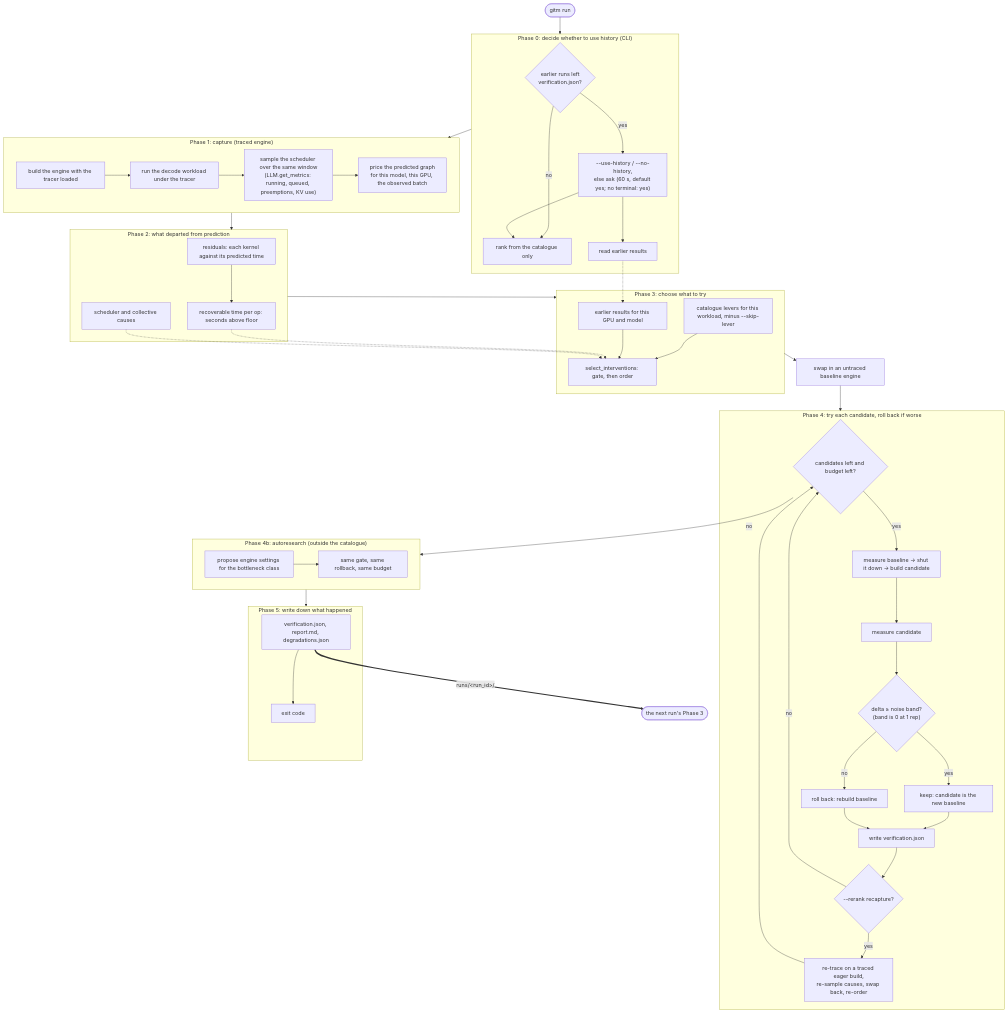
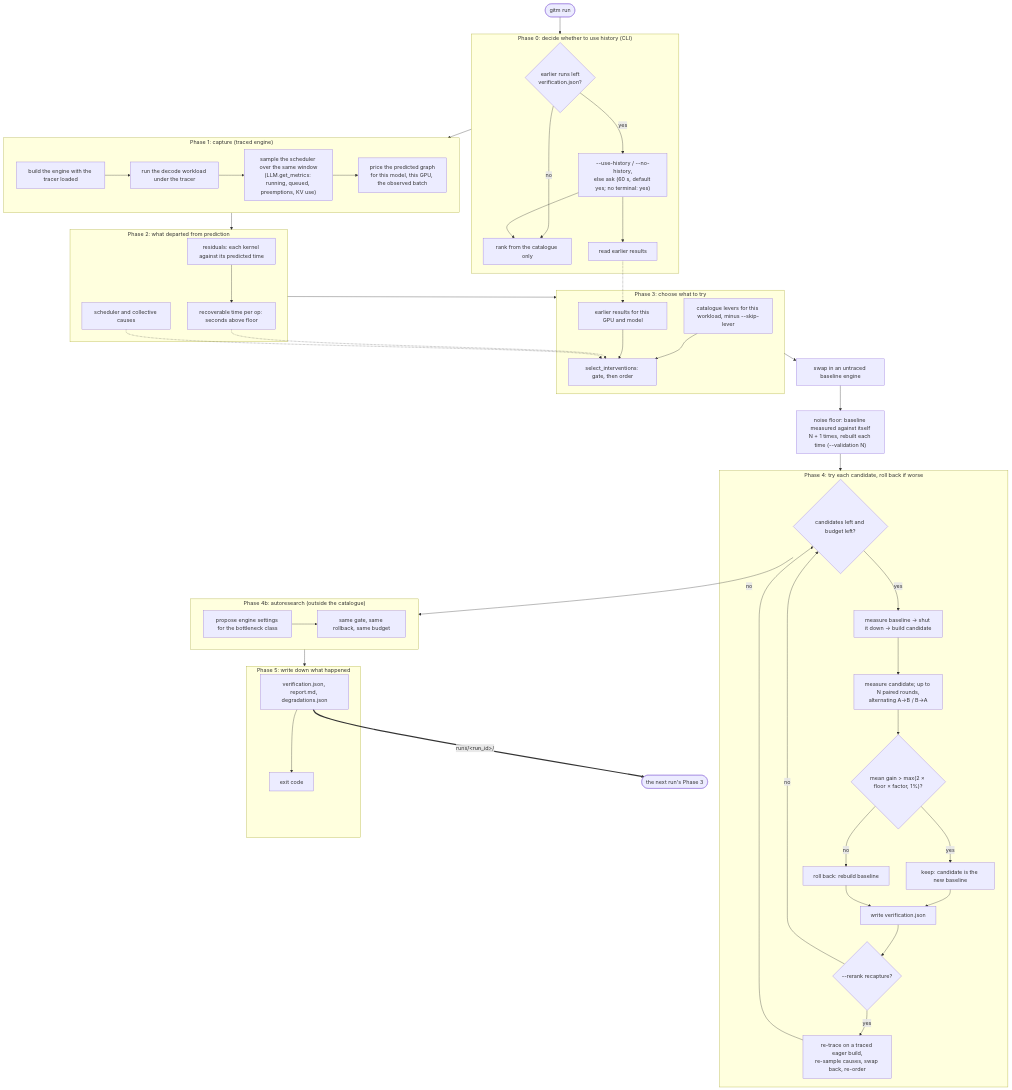
Before and after one commit to GitM-Labs/runtime: the diagram in docs/loop.md, drawn with Mermaid. The commit also changed other lines of this file, not shown here.

First line of the commit message:
docs: describe the noise-floor keep rule, the new defaults and the health check

```diff
--- a/docs/loop.md
+++ b/docs/loop.md
@@ -65,13 +65,14 @@
     R3 -.-> L3
 
     P3 --> SWAP["swap in an untraced baseline engine"]
-    SWAP --> P4
+    SWAP --> CAL["noise floor: baseline measured against itself<br/>N + 1 times, rebuilt each time (--validation N)"]
+    CAL --> P4
 
     subgraph P4["Phase 4: try each candidate, roll back if worse"]
         Q{"candidates left and budget left?"}
         A1["measure baseline → shut it down → build candidate"]
-        A2["measure candidate"]
-        A3{"delta ≥ noise band?<br/>(band is 0 at 1 rep)"}
+        A2["measure candidate; up to N paired rounds,<br/>alternating A→B / B→A"]
+        A3{"mean gain > max(2 × floor × factor, 1%)?"}
         Q -->|yes| A1 --> A2 --> A3
         A3 -->|yes| KEEP["keep: candidate is the new baseline"]
         A3 -->|no| BACK["roll back: rebuild baseline"]
```
